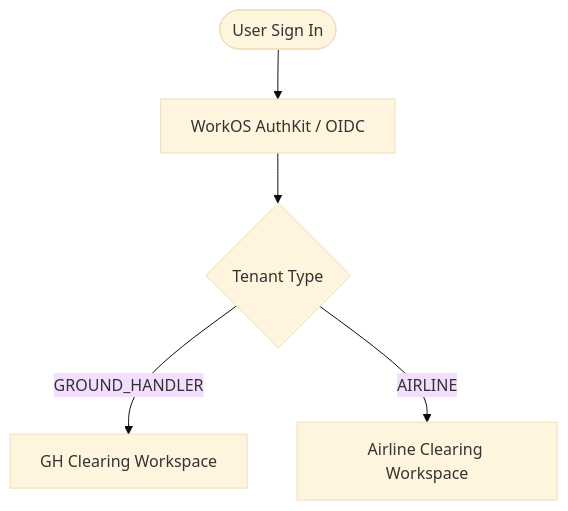
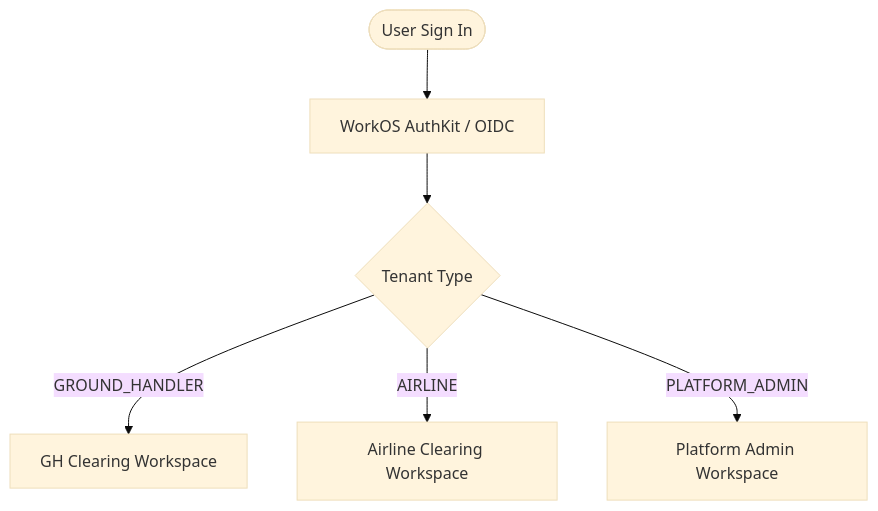
The diagram in docs/product-guide/getting-started.md (shamithmc/gh-clearing), drawn with Mermaid (base theme) before and after one commit. The commit also changed other lines of this file and 7 other files, not shown here.

Commit message:
docs(product-guide): update guide with dynamic formula authoring, entity editing workflows, and platform admin (#95)

````diff
--- a/docs/product-guide/getting-started.md
+++ b/docs/product-guide/getting-started.md
@@ -12,7 +13,8 @@
 ```mermaid
 graph TD
     User([User Sign In]) --> Auth[WorkOS AuthKit / OIDC]
     Auth --> TenantRouter{Tenant Type}
     TenantRouter -->|GROUND_HANDLER| GH[GH Clearing Workspace]
     TenantRouter -->|AIRLINE| AL[Airline Clearing Workspace]
+    TenantRouter -->|PLATFORM_ADMIN| PA[Platform Admin Workspace]
 ```
````
